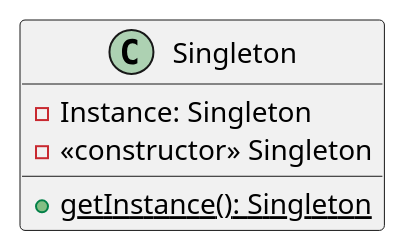
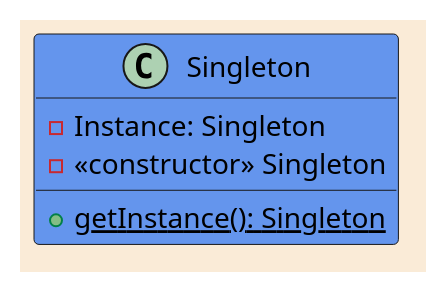
Before and after one commit to paguerre3/creational-patterns: the diagram in cp-samples/src/cp/samples/singleton/_singleton-diagram.iuml, drawn with PlantUML.

Commit message:
skin colors improvement

```diff
--- a/cp-samples/src/cp/samples/singleton/_singleton-diagram.iuml
+++ b/cp-samples/src/cp/samples/singleton/_singleton-diagram.iuml
@@ -1,7 +1,10 @@
 @startuml
+skinparam backgroundcolor AntiqueWhite
+skinparam classBackgroundColor CornflowerBlue
+
 class Singleton {
  -Instance: Singleton
  -<<constructor>> Singleton
  +{static} getInstance(): Singleton
 }
 @enduml
```
